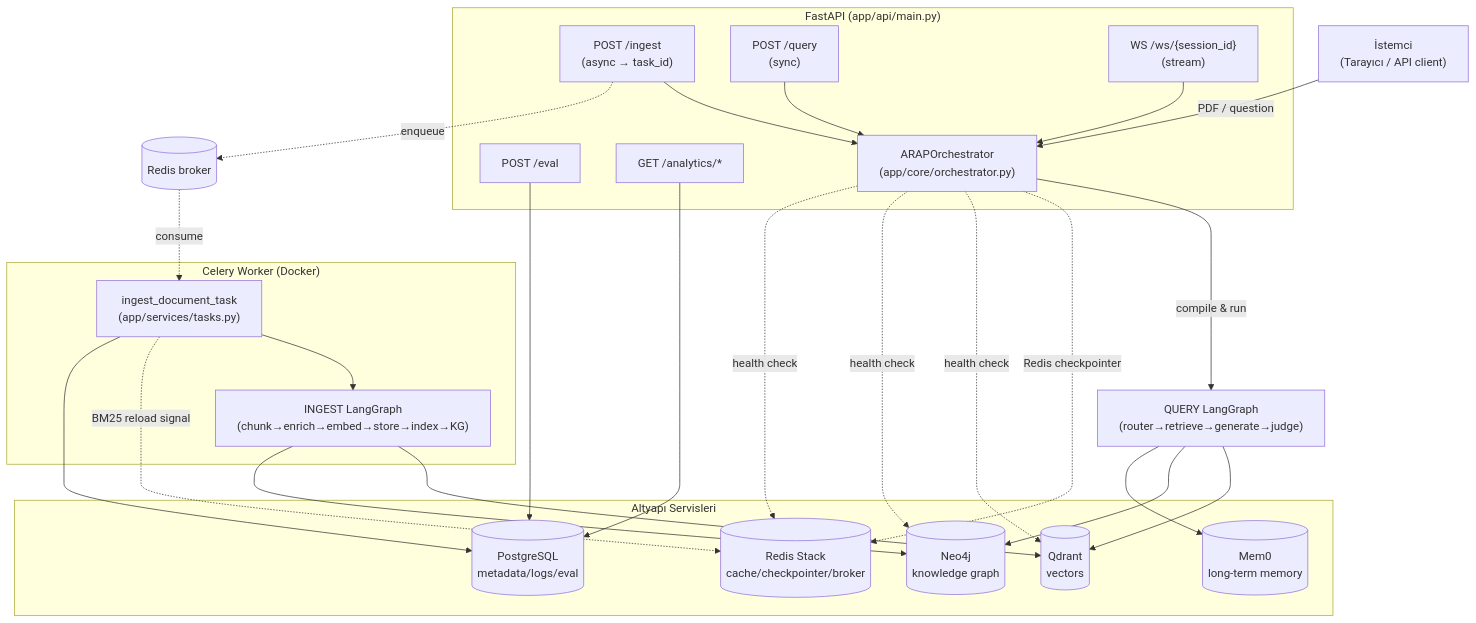
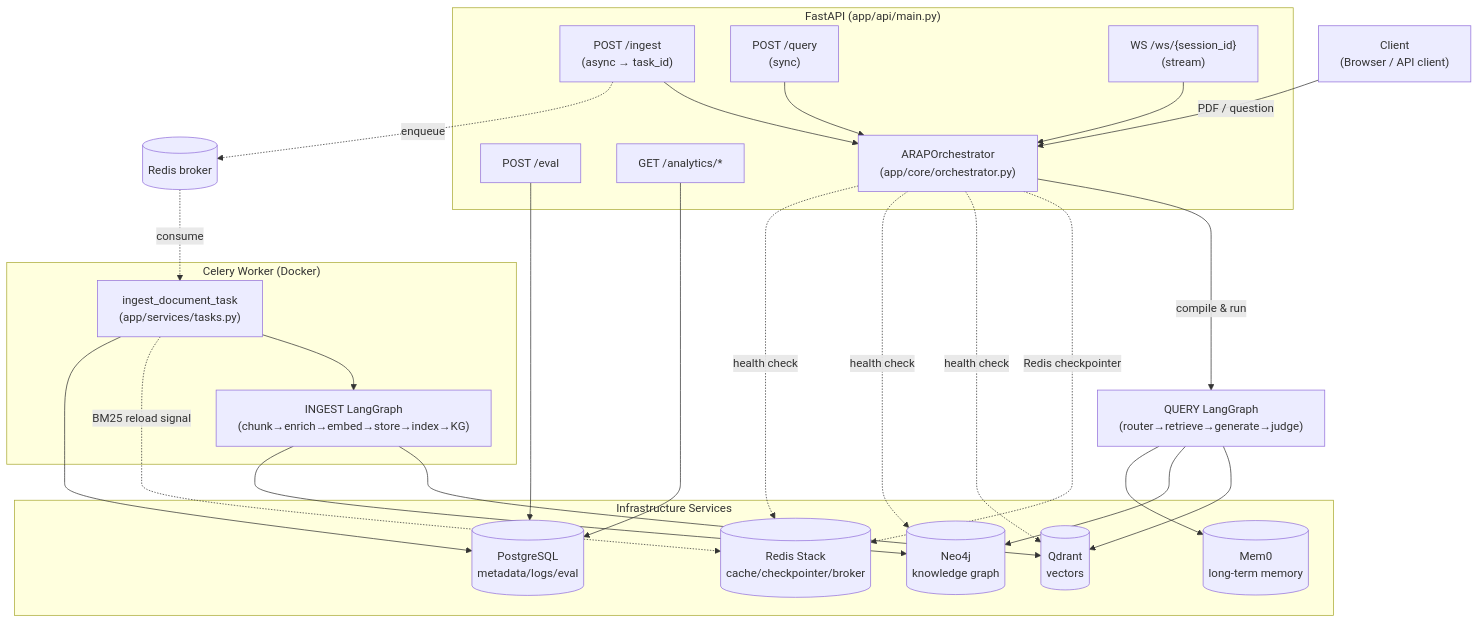
Before and after one commit to Hasan26ozcan/Autonomous-Research-Analysis-Platform: the first of 7 diagrams in architecture.md, drawn with Mermaid. The commit also changed other lines of this file and 7 other files, not shown here.

Commit message:
diagram second update

````diff
--- a/architecture.md
+++ b/architecture.md
@@ -17,50 +17,50 @@
 ```mermaid
 flowchart TB
-    Client["İstemci<br/>(Tarayıcı / API client)"]
+    Client["Client<br/>(Browser / API client)"]
 
     subgraph API["FastAPI (app/api/main.py)"]
         EP_INGEST["POST /ingest<br/>(async → task_id)"]
         EP_QUERY["POST /query<br/>(sync)"]
         EP_WS["WS /ws/{session_id}<br/>(stream)"]
         EP_EVAL["POST /eval"]
         EP_ANALYTICS["GET /analytics/*"]
         Orch["ARAPOrchestrator<br/>(app/core/orchestrator.py)"]
         EP_INGEST --> Orch
         EP_QUERY --> Orch
         EP_WS --> Orch
     end
 
     subgraph WORKER["Celery Worker (Docker)"]
         TASK["ingest_document_task<br/>(app/services/tasks.py)"]
         INGEST_G["INGEST LangGraph<br/>(chunk→enrich→embed→store→index→KG)"]
         TASK --> INGEST_G
     end
 
     Client -->|PDF / question| Orch
     EP_INGEST -.->|enqueue| BROKER[(Redis broker)]
     BROKER -.->|consume| TASK
 
     Orch -->|compile & run| QUERY_G["QUERY LangGraph<br/>(router→retrieve→generate→judge)"]
     Orch -.->|Redis checkpointer| REDIS
     TASK -.->|BM25 reload signal| REDIS
 
-    subgraph INFRA["Altyapı Servisleri"]
+    subgraph INFRA["Infrastructure Services"]
         QDRANT[(Qdrant<br/>vectors)]
         NEO4J[(Neo4j<br/>knowledge graph)]
         REDIS[(Redis Stack<br/>cache/checkpointer/broker)]
         PG[(PostgreSQL<br/>metadata/logs/eval)]
         MEM0[(Mem0<br/>long-term memory)]
     end
 
     INGEST_G --> QDRANT
     INGEST_G --> NEO4J
     QUERY_G --> QDRANT
     QUERY_G --> NEO4J
     QUERY_G --> MEM0
     EP_EVAL --> PG
     EP_ANALYTICS --> PG
     TASK --> PG
     Orch -.->|health check| QDRANT
     Orch -.->|health check| NEO4J
     Orch -.->|health check| REDIS
 ```
````
